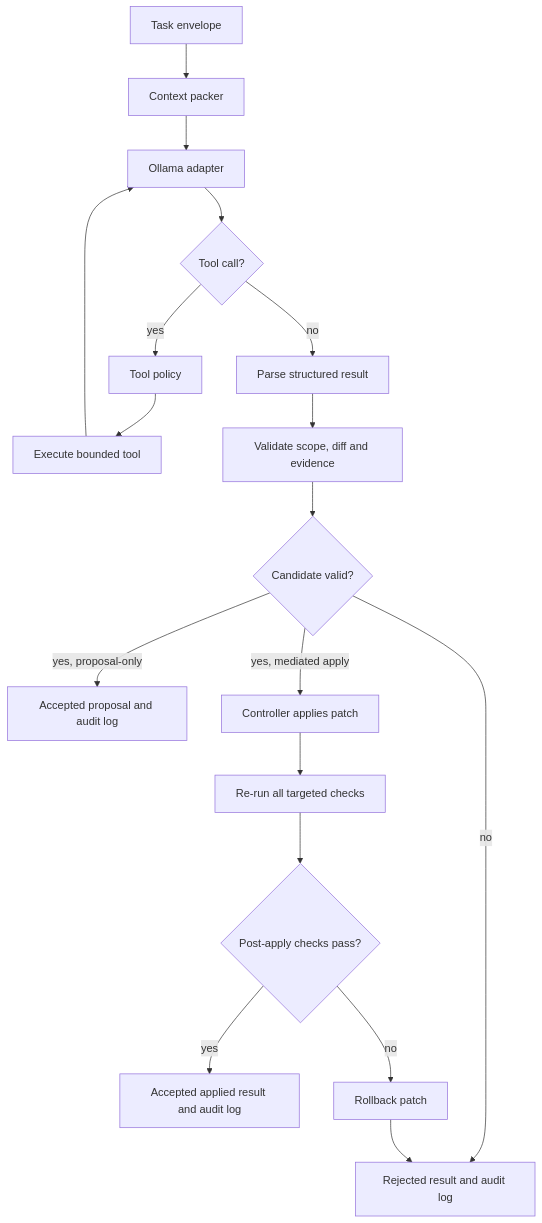
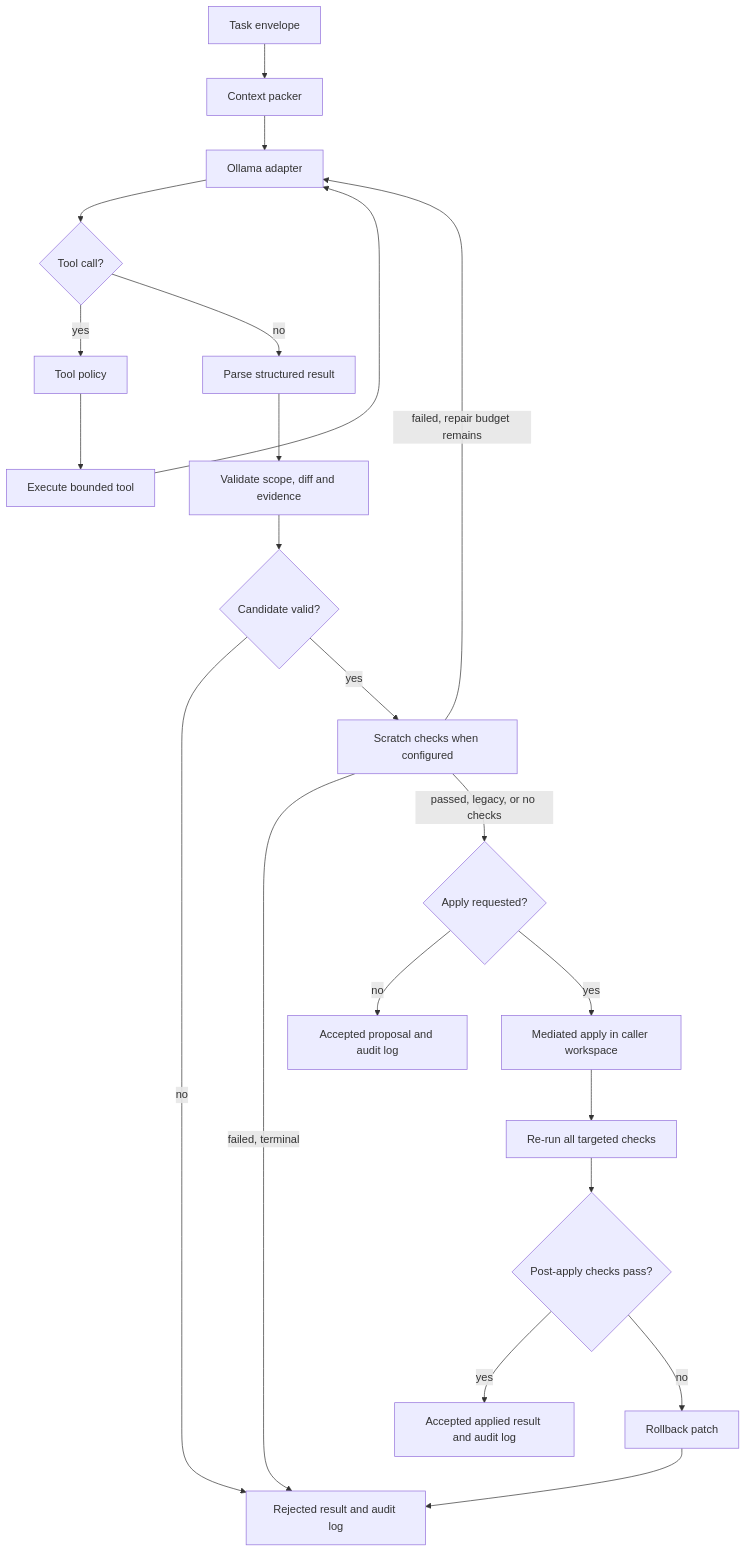
The diagram in docs/ARCHITECTURE.md (pvnc228/local-coding-agent), drawn with Mermaid before and after one commit. The commit also changed other lines of this file and 37 other files, not shown here.

````diff
--- a/docs/ARCHITECTURE.md
+++ b/docs/ARCHITECTURE.md
@@ -43,20 +43,24 @@
 ```mermaid
 flowchart TD
     A["Task envelope"] --> B["Context packer"]
     B --> C["Ollama adapter"]
     C --> D{"Tool call?"}
     D -- "yes" --> E["Tool policy"]
     E --> F["Execute bounded tool"]
     F --> C
     D -- "no" --> G["Parse structured result"]
     G --> H["Validate scope, diff and evidence"]
     H --> I{"Candidate valid?"}
     I -- "no" --> L["Rejected result and audit log"]
-    I -- "yes, proposal-only" --> L2["Accepted proposal and audit log"]
-    I -- "yes, mediated apply" --> J["Controller applies patch"]
+    I -- "yes" --> S["Scratch checks when configured"]
+    S -- "failed, repair budget remains" --> C
+    S -- "failed, terminal" --> L
+    S -- "passed, legacy, or no checks" --> A2{"Apply requested?"}
+    A2 -- "no" --> L2["Accepted proposal and audit log"]
+    A2 -- "yes" --> J["Mediated apply in caller workspace"]
     J --> K["Re-run all targeted checks"]
     K --> M{"Post-apply checks pass?"}
     M -- "yes" --> L3["Accepted applied result and audit log"]
     M -- "no" --> R["Rollback patch"]
     R --> L
 ```
````
